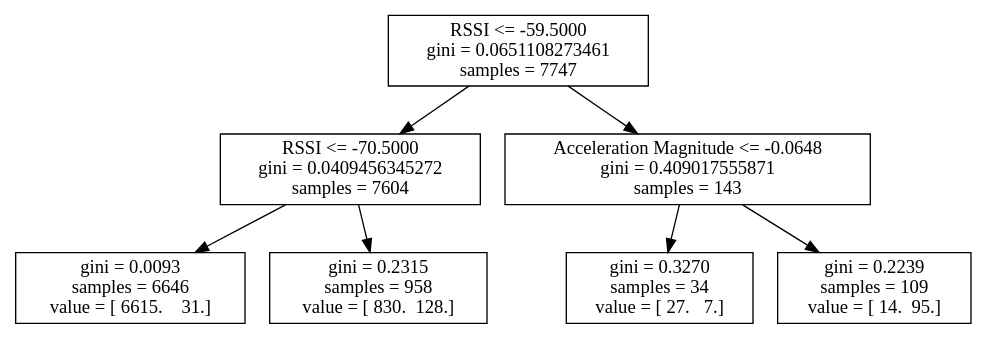
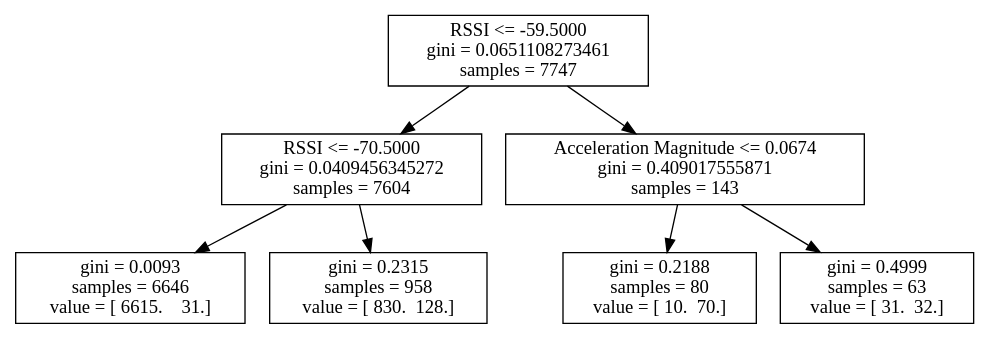
The diagram in logs/4_19/log8.dot (atitus5/6s062-Project), drawn with Graphviz before and after one commit. The commit also changed 72 other files, not shown here.

```diff
--- a/logs/4_19/log8.dot
+++ b/logs/4_19/log8.dot
@@ -1,15 +1,15 @@
 digraph Tree {
 0 [label="RSSI <= -59.5000\ngini = 0.0651108273461\nsamples = 7747", shape="box"] ;
 1 [label="RSSI <= -70.5000\ngini = 0.0409456345272\nsamples = 7604", shape="box"] ;
 0 -> 1 ;
 2 [label="gini = 0.0093\nsamples = 6646\nvalue = [ 6615.    31.]", shape="box"] ;
 1 -> 2 ;
 3 [label="gini = 0.2315\nsamples = 958\nvalue = [ 830.  128.]", shape="box"] ;
 1 -> 3 ;
-4 [label="Acceleration Magnitude <= -0.0648\ngini = 0.409017555871\nsamples = 143", shape="box"] ;
+4 [label="Acceleration Magnitude <= 0.0674\ngini = 0.409017555871\nsamples = 143", shape="box"] ;
 0 -> 4 ;
-5 [label="gini = 0.3270\nsamples = 34\nvalue = [ 27.   7.]", shape="box"] ;
+5 [label="gini = 0.2188\nsamples = 80\nvalue = [ 10.  70.]", shape="box"] ;
 4 -> 5 ;
-6 [label="gini = 0.2239\nsamples = 109\nvalue = [ 14.  95.]", shape="box"] ;
+6 [label="gini = 0.4999\nsamples = 63\nvalue = [ 31.  32.]", shape="box"] ;
 4 -> 6 ;
 }
```
